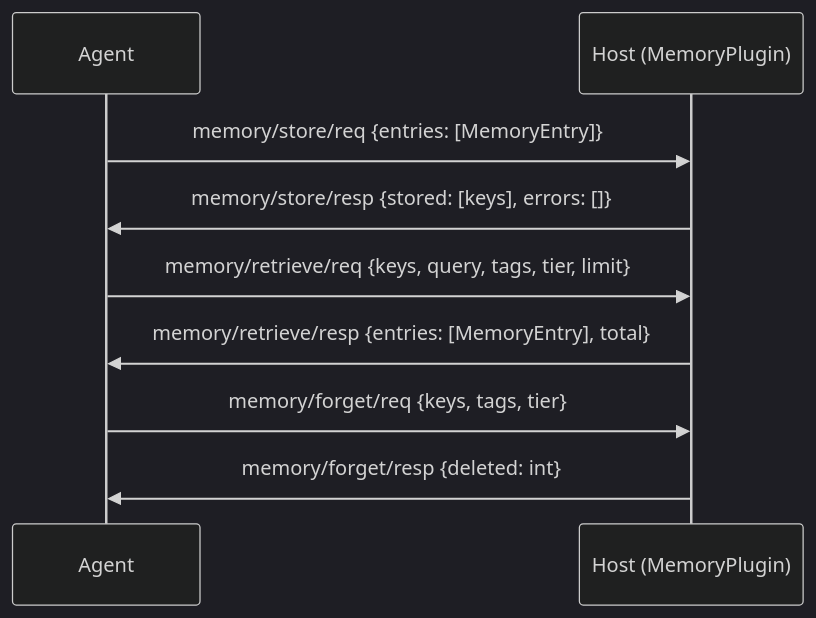
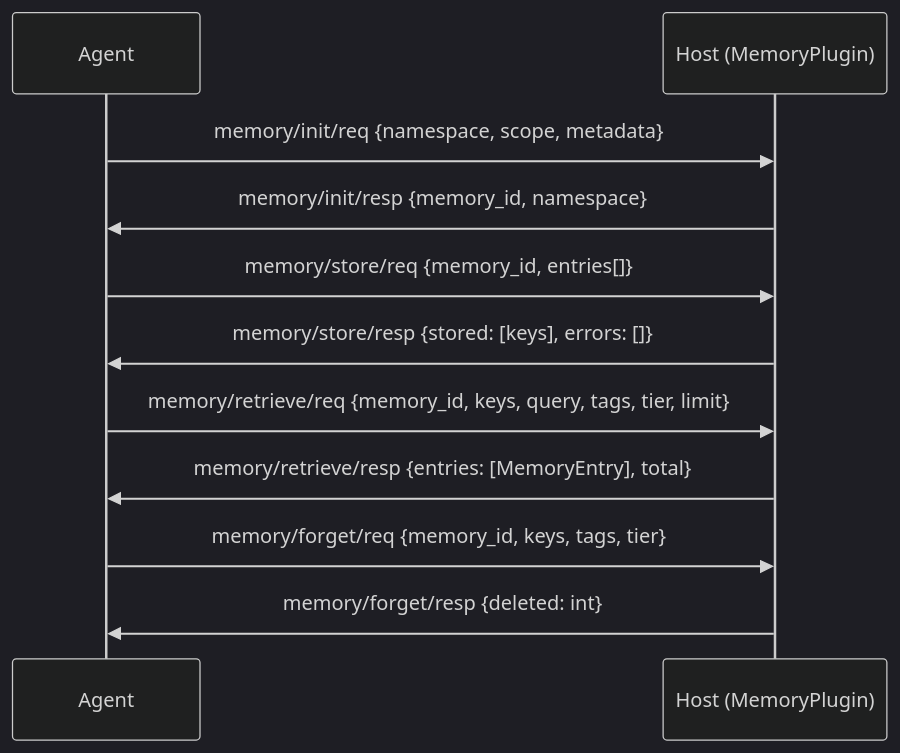
The diagram in codewiki/protocol-spec/memory.md (a2eprotocol/python-sdk), drawn with Mermaid (dark theme) before and after one commit. The commit also changed other lines of this file and 1 other file, not shown here.

Commit message:
updated memory pages for init req/resp messages

````diff
--- a/codewiki/protocol-spec/memory.md
+++ b/codewiki/protocol-spec/memory.md
@@ -27,14 +27,17 @@
 ```mermaid
 sequenceDiagram
     participant A as Agent
     participant H as Host (MemoryPlugin)
 
-    A->>H: memory/store/req {entries: [MemoryEntry]}
+    A->>H: memory/init/req {namespace, scope, metadata}
+    H->>A: memory/init/resp {memory_id, namespace}
+
+    A->>H: memory/store/req {memory_id, entries[]}
     H->>A: memory/store/resp {stored: [keys], errors: []}
 
-    A->>H: memory/retrieve/req {keys, query, tags, tier, limit}
+    A->>H: memory/retrieve/req {memory_id, keys, query, tags, tier, limit}
     H->>A: memory/retrieve/resp {entries: [MemoryEntry], total}
 
-    A->>H: memory/forget/req {keys, tags, tier}
+    A->>H: memory/forget/req {memory_id, keys, tags, tier}
     H->>A: memory/forget/resp {deleted: int}
 ```
````
